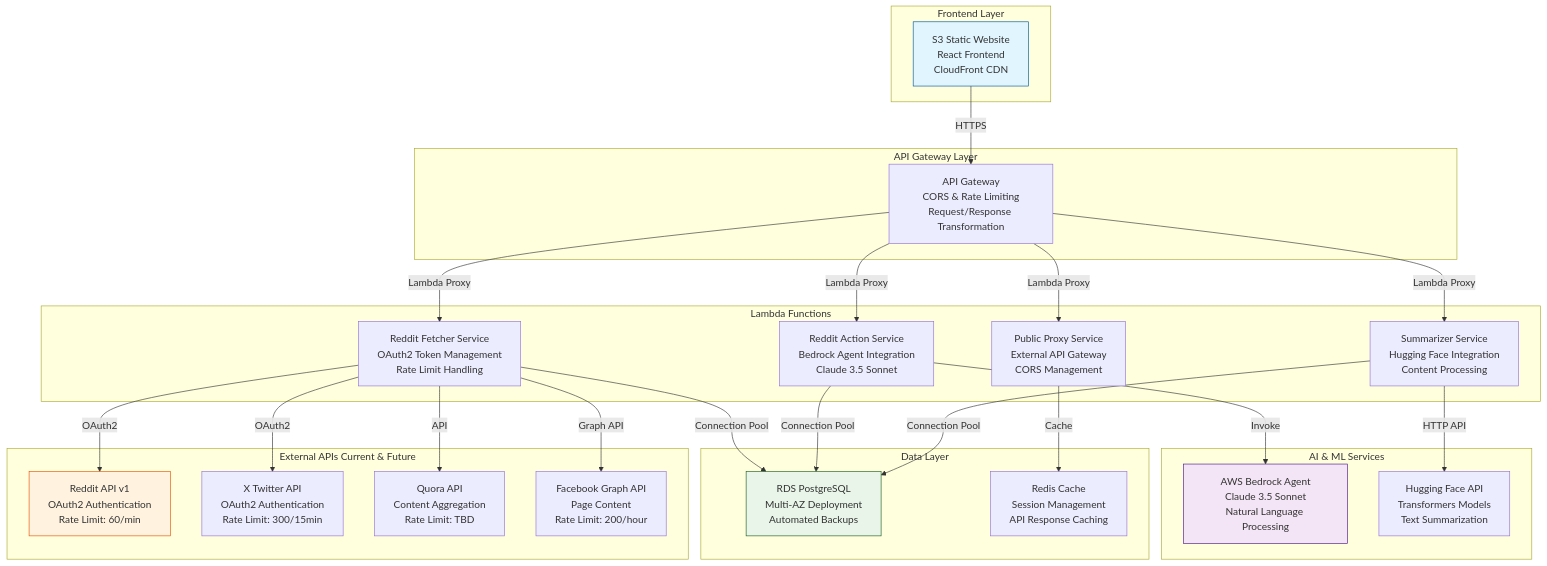
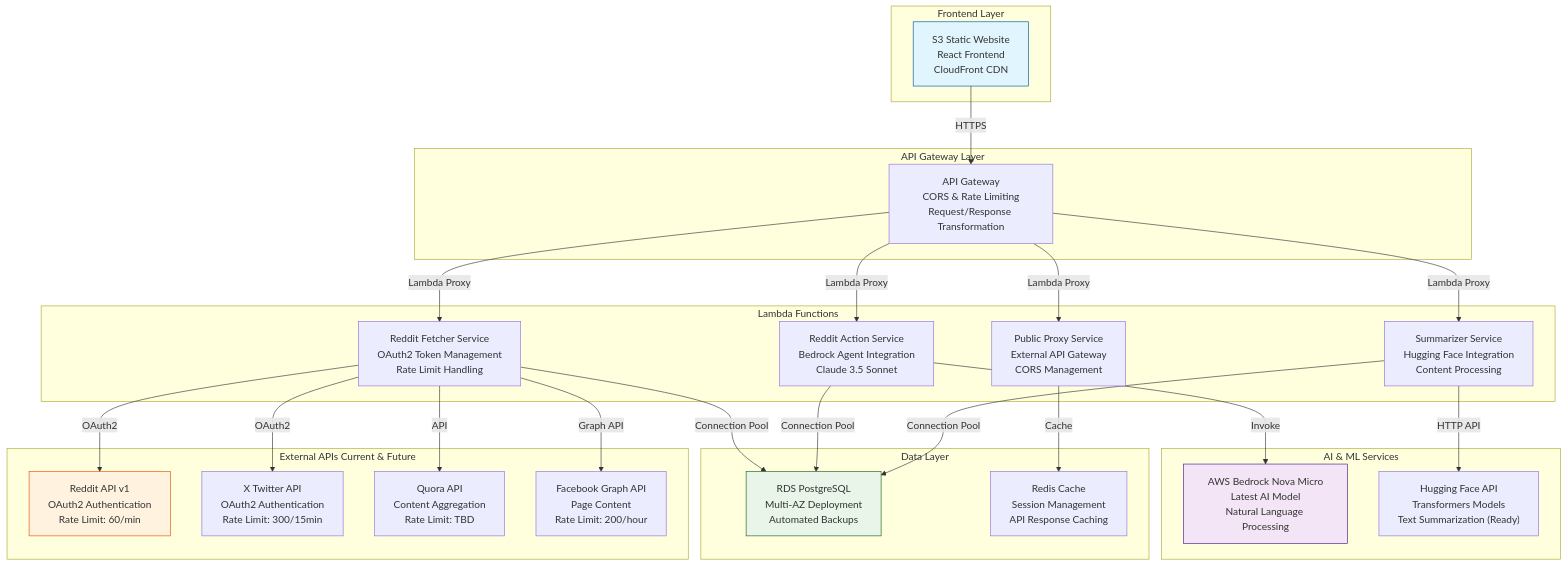
Before and after one commit to ARITR8/sociallens: the diagram in Readme.md, drawn with Mermaid. The commit also changed other lines of this file, not shown here.

````diff
--- a/Readme.md
+++ b/Readme.md
@@ -31,55 +36,55 @@
 ```mermaid
 graph TB
     subgraph "Frontend Layer"
         A["S3 Static Website<br/>React Frontend<br/>CloudFront CDN"]
     end
     
     subgraph "API Gateway Layer"
         B["API Gateway<br/>CORS & Rate Limiting<br/>Request/Response Transformation"]
     end
     
     subgraph "Lambda Functions"
         C["Reddit Action Service<br/>Bedrock Agent Integration<br/>Claude 3.5 Sonnet"]
         D["Reddit Fetcher Service<br/>OAuth2 Token Management<br/>Rate Limit Handling"]
         E["Summarizer Service<br/>Hugging Face Integration<br/>Content Processing"]
         F["Public Proxy Service<br/>External API Gateway<br/>CORS Management"]
     end
     
     subgraph "AI & ML Services"
-        G["AWS Bedrock Agent<br/>Claude 3.5 Sonnet<br/>Natural Language Processing"]
-        H["Hugging Face API<br/>Transformers Models<br/>Text Summarization"]
+        G["AWS Bedrock Nova Micro<br/>Latest AI Model<br/>Natural Language Processing"]
+        H["Hugging Face API<br/>Transformers Models<br/>Text Summarization (Ready)"]
     end
     
     subgraph "Data Layer"
         I["RDS PostgreSQL<br/>Multi-AZ Deployment<br/>Automated Backups"]
         J["Redis Cache<br/>Session Management<br/>API Response Caching"]
     end
     
     subgraph "External APIs Current & Future"
         K["Reddit API v1<br/>OAuth2 Authentication<br/>Rate Limit: 60/min"]
         L["X Twitter API<br/>OAuth2 Authentication<br/>Rate Limit: 300/15min"]
         M["Quora API<br/>Content Aggregation<br/>Rate Limit: TBD"]
         N["Facebook Graph API<br/>Page Content<br/>Rate Limit: 200/hour"]
     end
     
     A -->|HTTPS| B
     B -->|Lambda Proxy| C
     B -->|Lambda Proxy| D
     B -->|Lambda Proxy| E
     B -->|Lambda Proxy| F
     C -->|Invoke| G
     E -->|HTTP API| H
     D -->|OAuth2| K
     D -->|OAuth2| L
     D -->|API| M
     D -->|Graph API| N
     D -->|Connection Pool| I
     C -->|Connection Pool| I
     E -->|Connection Pool| I
     F -->|Cache| J
     
     style A fill:#e1f5fe,stroke:#01579b
     style G fill:#f3e5f5,stroke:#4a148c
     style I fill:#e8f5e8,stroke:#1b5e20
     style K fill:#fff3e0,stroke:#e65100
 ```
````
